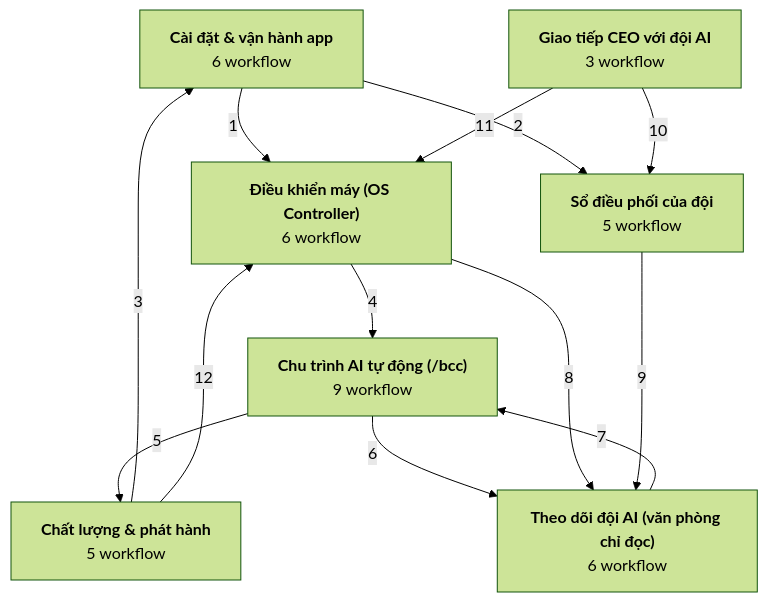
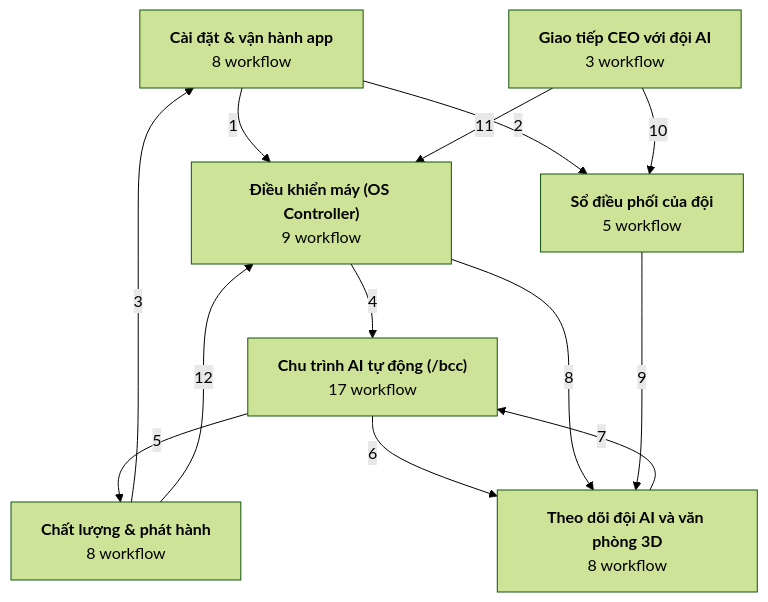
The first of 10 diagrams in docs/BAN-DO-HE-THONG.md (Thequancute215-sys/V-n-ph-ng-ch-nh-ph-), drawn with Mermaid (forest theme) before and after one commit. The commit also changed other lines of this file and 9 other files, not shown here.

````diff
--- a/docs/BAN-DO-HE-THONG.md
+++ b/docs/BAN-DO-HE-THONG.md
@@ -15,22 +17,22 @@
 ```mermaid
 flowchart TD
-  domain_cai_dat_van_hanh["<b>Cài đặt & vận hành app</b><br/>6 workflow"]
-  domain_theo_doi_doi_ai["<b>Theo dõi đội AI (văn phòng chỉ đọc)</b><br/>6 workflow"]
+  domain_cai_dat_van_hanh["<b>Cài đặt & vận hành app</b><br/>8 workflow"]
+  domain_theo_doi_doi_ai["<b>Theo dõi đội AI và văn phòng 3D</b><br/>8 workflow"]
   domain_giao_tiep_ceo_doi["<b>Giao tiếp CEO với đội AI</b><br/>3 workflow"]
   domain_so_dieu_phoi["<b>Sổ điều phối của đội</b><br/>5 workflow"]
-  domain_chu_trinh_ai["<b>Chu trình AI tự động (/bcc)</b><br/>9 workflow"]
-  domain_dieu_khien_may["<b>Điều khiển máy (OS Controller)</b><br/>6 workflow"]
-  domain_chat_luong_phat_hanh["<b>Chất lượng & phát hành</b><br/>5 workflow"]
+  domain_chu_trinh_ai["<b>Chu trình AI tự động (/bcc)</b><br/>17 workflow"]
+  domain_dieu_khien_may["<b>Điều khiển máy (OS Controller)</b><br/>9 workflow"]
+  domain_chat_luong_phat_hanh["<b>Chất lượng & phát hành</b><br/>8 workflow"]
   domain_cai_dat_van_hanh -->|1| domain_dieu_khien_may
   domain_cai_dat_van_hanh -->|2| domain_so_dieu_phoi
   domain_chat_luong_phat_hanh -->|3| domain_cai_dat_van_hanh
   domain_dieu_khien_may -->|4| domain_chu_trinh_ai
   domain_chu_trinh_ai -->|5| domain_chat_luong_phat_hanh
   domain_chu_trinh_ai -->|6| domain_theo_doi_doi_ai
   domain_theo_doi_doi_ai -->|7| domain_chu_trinh_ai
   domain_dieu_khien_may -->|8| domain_theo_doi_doi_ai
   domain_so_dieu_phoi -->|9| domain_theo_doi_doi_ai
   domain_giao_tiep_ceo_doi -->|10| domain_so_dieu_phoi
   domain_giao_tiep_ceo_doi -->|11| domain_dieu_khien_may
   domain_chat_luong_phat_hanh -->|12| domain_dieu_khien_may
 ```
````
